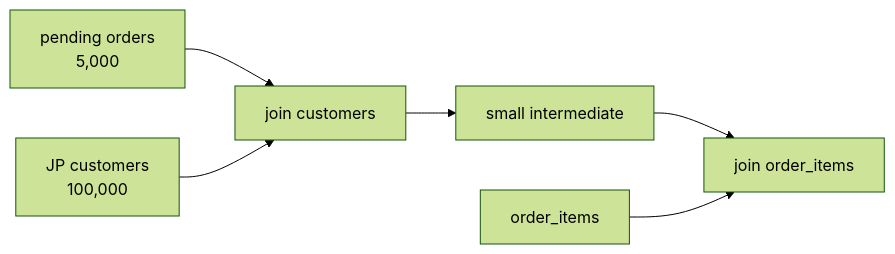
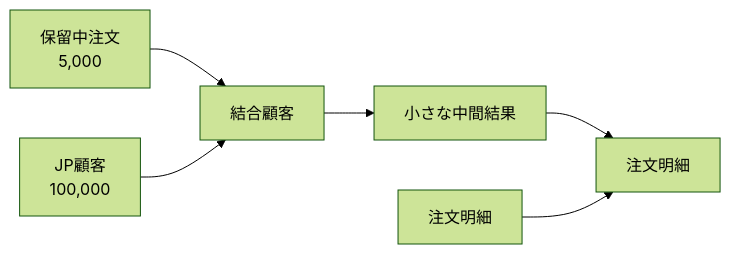
The seventh of 8 diagrams in src/content/docs/03-query-processing/08-join-algorithms.md (hirunebot/database-systems-book), drawn with Mermaid (forest theme) before and after one commit. The commit also changed other lines of this file and 42 other files, not shown here.

````diff
--- a/src/content/docs/03-query-processing/08-join-algorithms.md
+++ b/src/content/docs/03-query-processing/08-join-algorithms.md
@@ -275,8 +275,8 @@
 ```mermaid
 flowchart LR
-    P["pending orders<br/>5,000"] --> J1["join customers"]
-    C["JP customers<br/>100,000"] --> J1
-    J1 --> Small["small intermediate"]
-    Small --> J2["join order_items"]
-    I["order_items"] --> J2
+    P["保留中注文<br/>5,000"] --> J1["結合顧客"]
+    C["JP顧客<br/>100,000"] --> J1
+    J1 --> Small["小さな中間結果"]
+    Small --> J2["注文明細"]
+    I["注文明細"] --> J2
 ```
````
